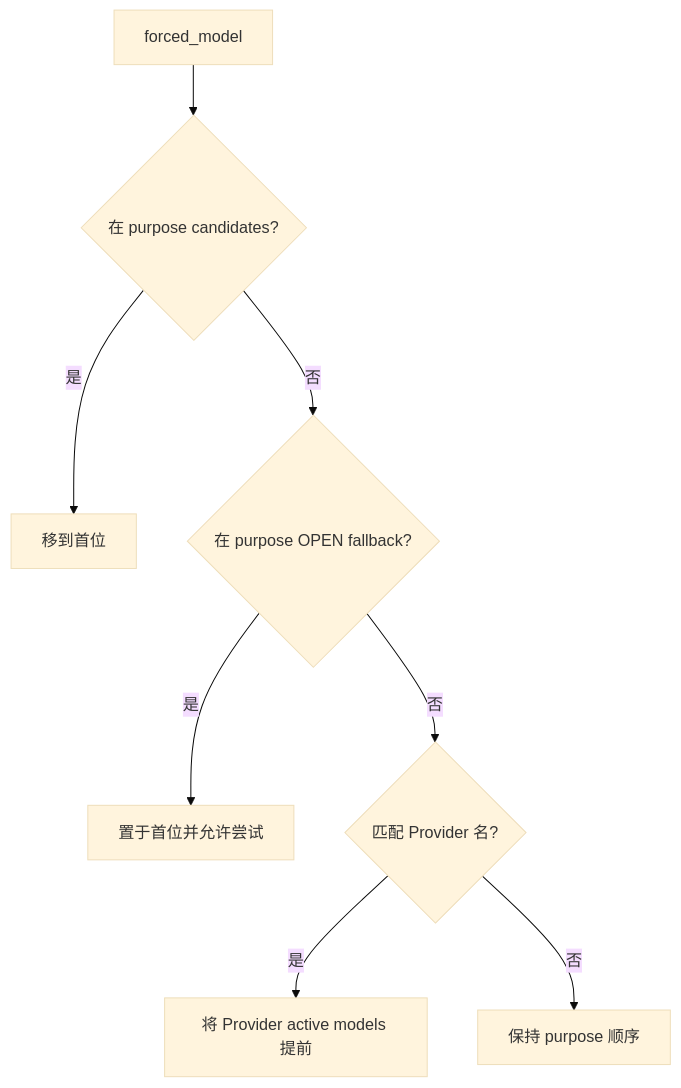
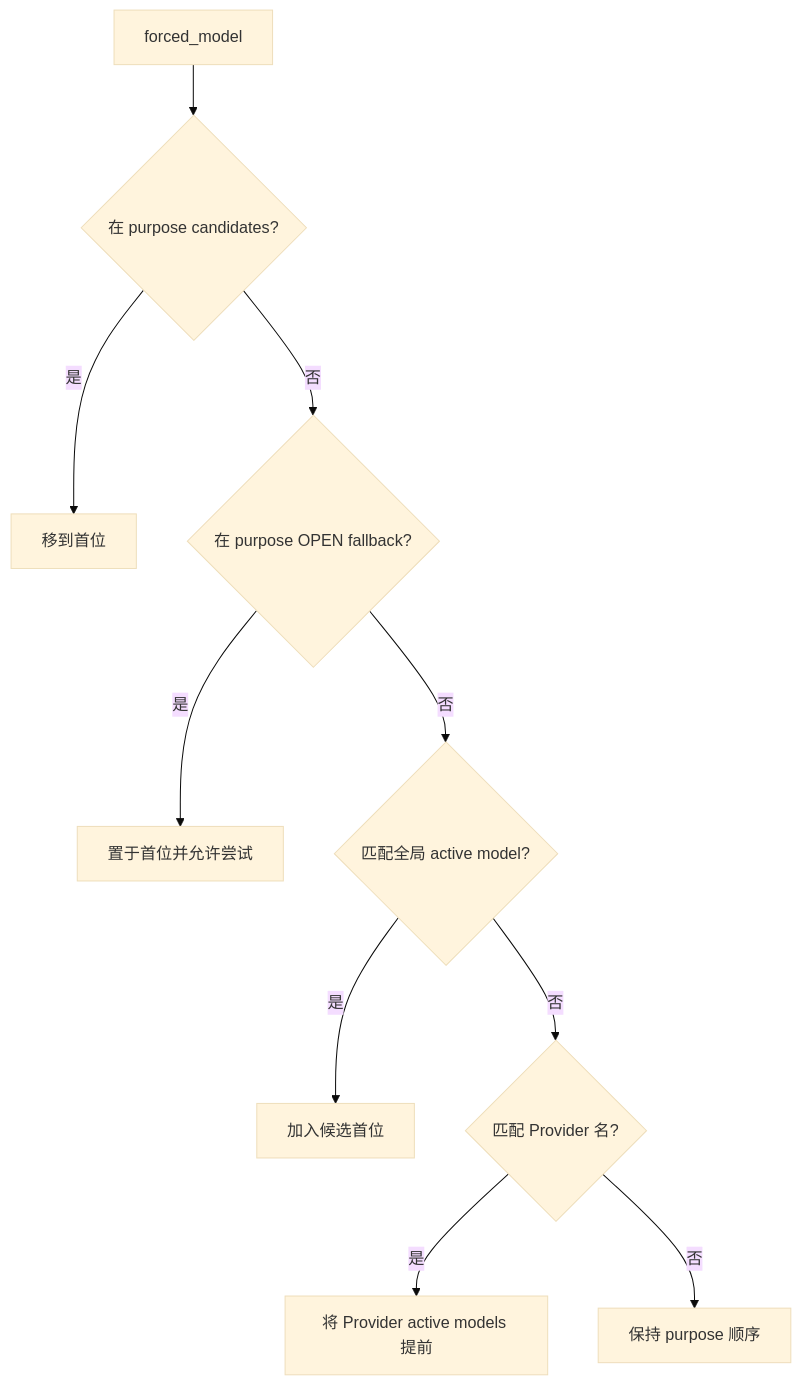
Before and after one commit to aandbcct/dotClaw: the ninth of 20 diagrams in docs/wiki/LLM 模块总体说明.md, drawn with Mermaid (base theme). The commit also changed other lines of this file and 12 other files, not shown here.

````diff
--- a/docs/wiki/LLM 模块总体说明.md
+++ b/docs/wiki/LLM 模块总体说明.md
@@ -1394,10 +1398,12 @@
 ```mermaid
 flowchart TD
     Forced["forced_model"] --> Exact{"在 purpose candidates?"}
     Exact -->|是| Front["移到首位"]
     Exact -->|否| OpenExact{"在 purpose OPEN fallback?"}
     OpenExact -->|是| OpenFront["置于首位并允许尝试"]
-    OpenExact -->|否| Provider{"匹配 Provider 名?"}
+    OpenExact -->|否| GlobalExact{"匹配全局 active model?"}
+    GlobalExact -->|是| GlobalFront["加入候选首位"]
+    GlobalExact -->|否| Provider{"匹配 Provider 名?"}
     Provider -->|是| ProviderModels["将 Provider active models 提前"]
     Provider -->|否| Ignore["保持 purpose 顺序"]
 ```
````
